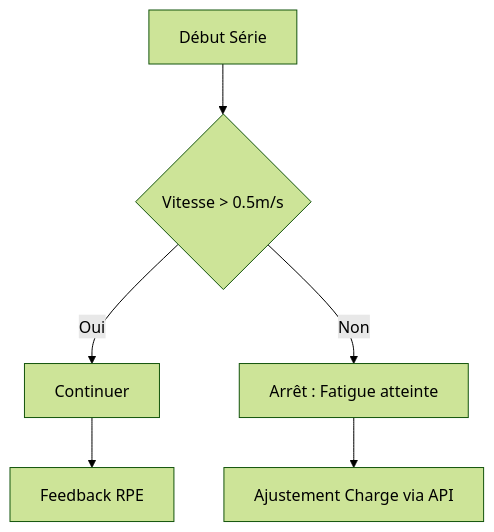
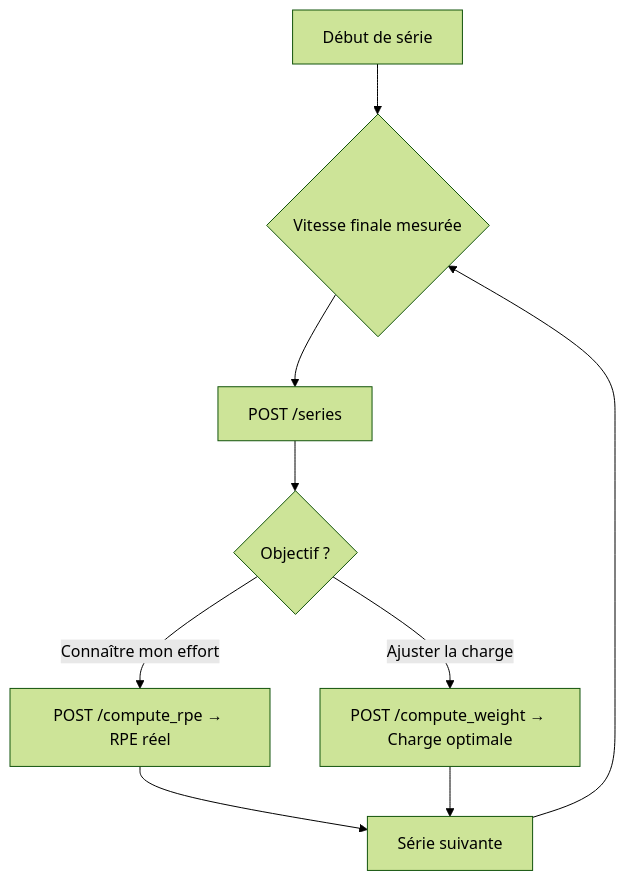
One commit to Giovanni-Gozzo/Bartrack changed the diagram in docs/workflow.md. Above: the diagram before and after it, drawn with Mermaid (forest theme). The commit also changed other lines of this file and 5 other files, not shown here.

````diff
--- a/docs/workflow.md
+++ b/docs/workflow.md
@@ -39,8 +55,11 @@
 ```mermaid
 graph TD
-  A[Début Série] --> B{Vitesse > 0.5m/s}
-  B -- Oui --> C[Continuer]
-  B -- Non --> D[Arrêt : Fatigue atteinte]
-  C --> E[Feedback RPE]
-  D --> F[Ajustement Charge via API]
+  A[Début de série] --> B{Vitesse finale mesurée}
+  B --> C[POST /series]
+  C --> D{Objectif ?}
+  D -- Connaître mon effort --> E[POST /compute_rpe → RPE réel]
+  D -- Ajuster la charge --> F[POST /compute_weight → Charge optimale]
+  E --> G[Série suivante]
+  F --> G
+  G --> B
 ```
````
